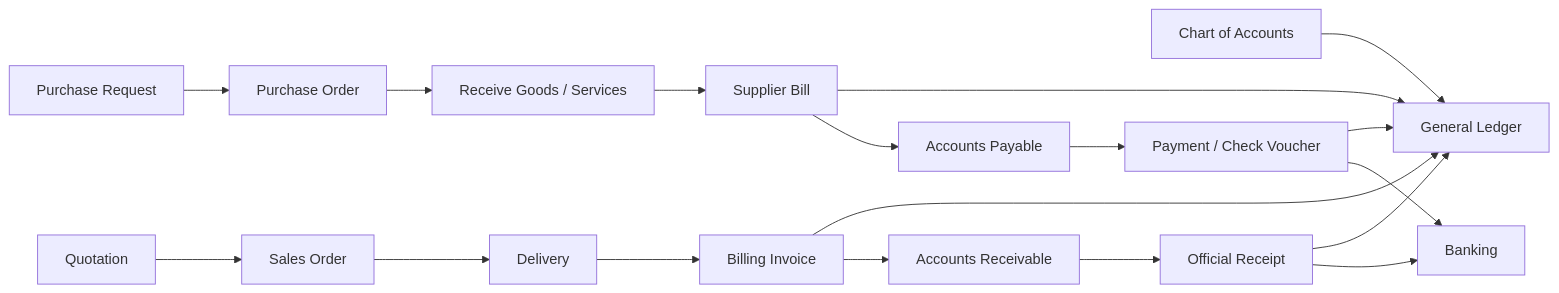
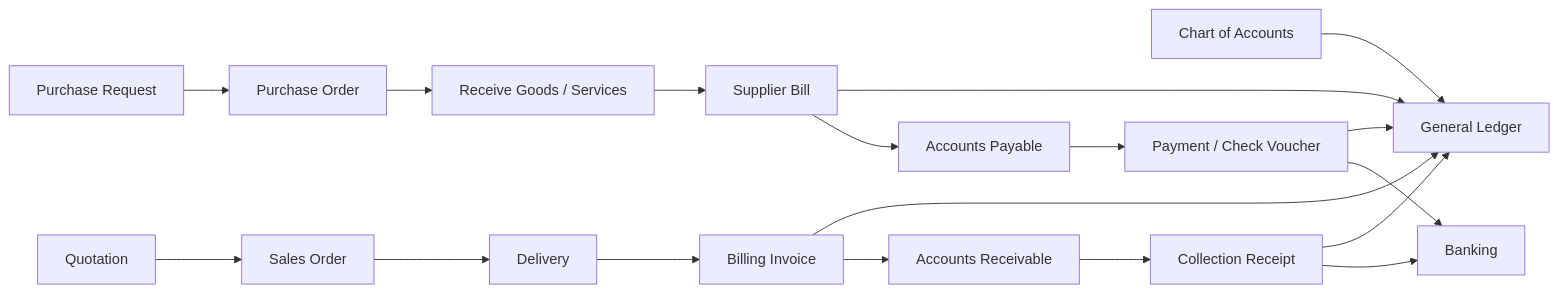
The first of 2 diagrams in docs/erp/ARCHITECTURE.md (RushPoint-IT-Solutions/erp-seajet), drawn with Mermaid before and after one commit. The commit also changed other lines of this file and 53 other files, not shown here.

````diff
--- a/docs/erp/ARCHITECTURE.md
+++ b/docs/erp/ARCHITECTURE.md
@@ -41,20 +41,20 @@
 ```mermaid
 flowchart LR
     COA[Chart of Accounts] --> GL[General Ledger]
     Quote[Quotation] --> SO[Sales Order]
     SO --> Delivery[Delivery]
     Delivery --> Invoice[Billing Invoice]
     Invoice --> AR[Accounts Receivable]
-    AR --> Receipt[Official Receipt]
+    AR --> Receipt[Collection Receipt]
     Receipt --> Bank[Banking]
     PR[Purchase Request] --> PO[Purchase Order]
     PO --> Receiving[Receive Goods / Services]
     Receiving --> Bill[Supplier Bill]
     Bill --> AP[Accounts Payable]
     AP --> Payment[Payment / Check Voucher]
     Payment --> Bank
     Invoice --> GL
     Receipt --> GL
     Bill --> GL
     Payment --> GL
 ```
````
